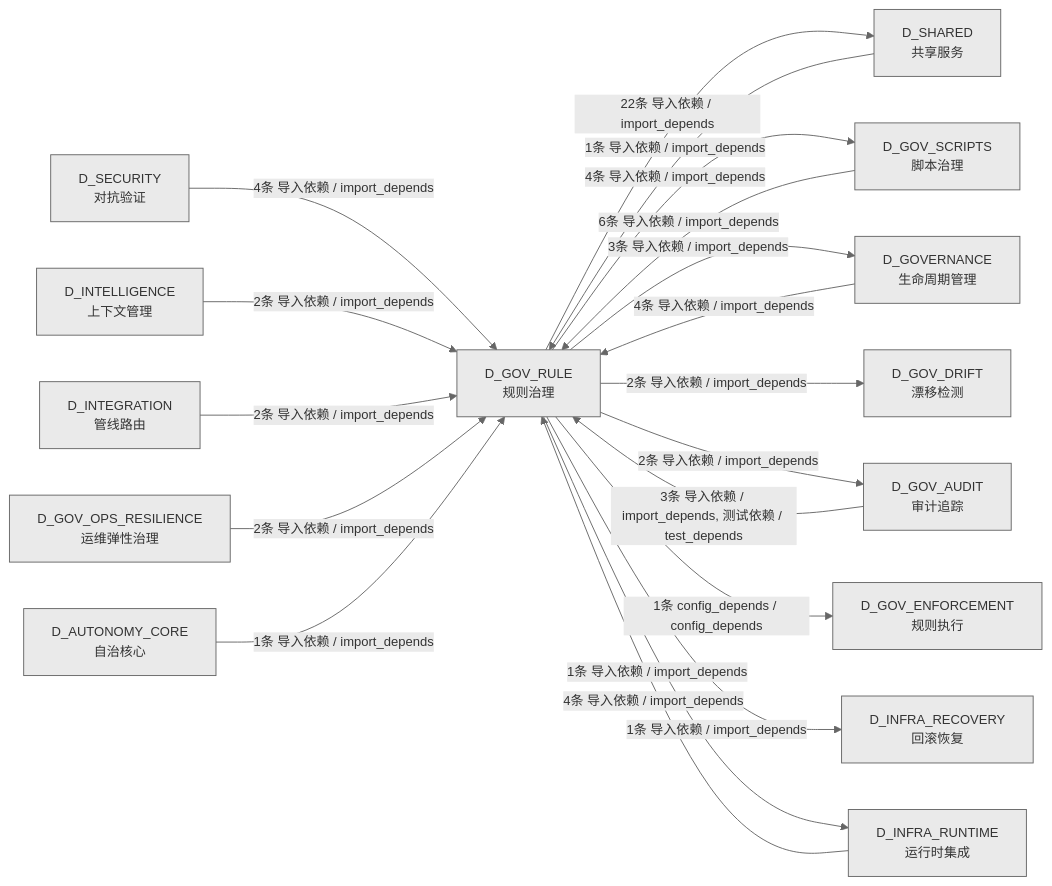
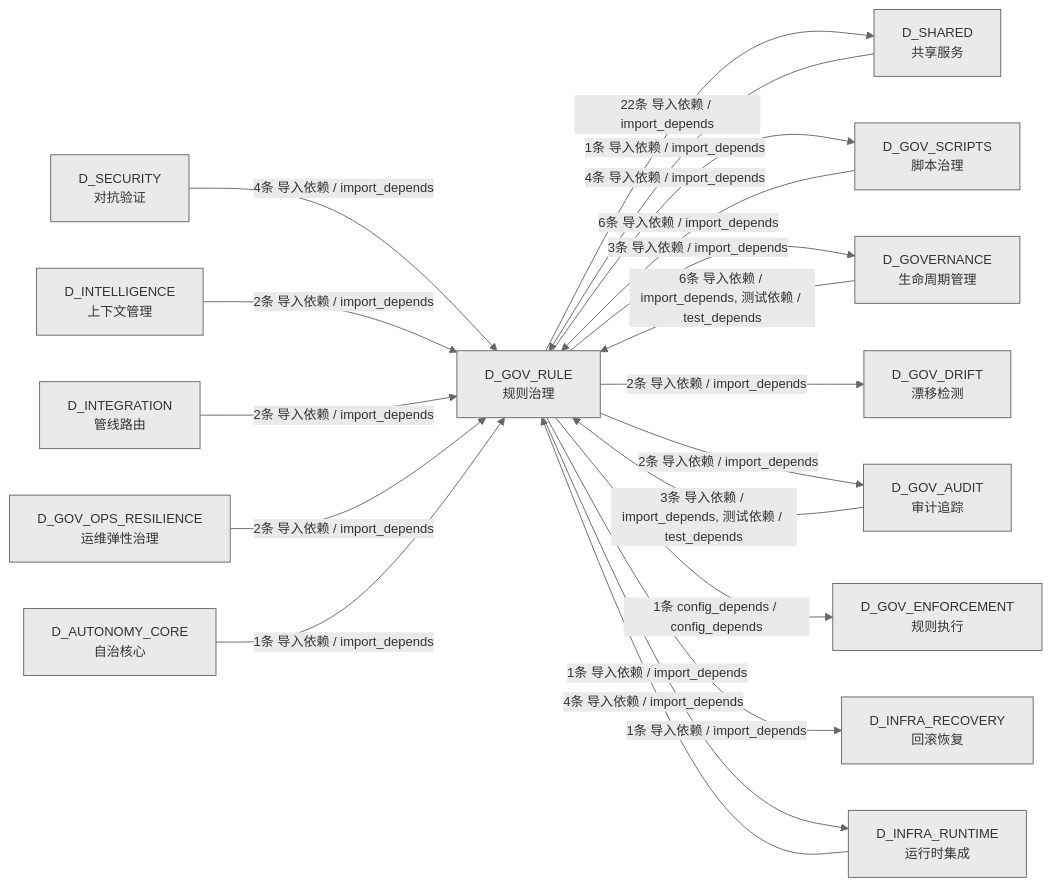
Before and after one commit to xuanFelixVan/ZephyrAlpha: the third of 3 diagrams in docs/02_enterprise_architecture/02_domain_architecture_docs/55_d_gov_rule.md, drawn with Mermaid. The commit also changed other lines of this file and 47 other files, not shown here.

````diff
--- a/docs/02_enterprise_architecture/02_domain_architecture_docs/55_d_gov_rule.md
+++ b/docs/02_enterprise_architecture/02_domain_architecture_docs/55_d_gov_rule.md
@@ -361,36 +364,36 @@
 ```mermaid
 %%{init: {'theme': 'base', 'themeVariables': {'primaryColor': '#eaeaea', 'primaryTextColor': '#333333', 'primaryBorderColor': '#666666', 'lineColor': '#666666', 'secondaryColor': '#eaeaea', 'tertiaryColor': '#eaeaea', 'fontSize': '14px'}}}%%
 graph LR
     D_GOV_RULE["D_GOV_RULE<br/>规则治理"]
     D_SHARED["D_SHARED<br/>共享服务"]
     D_GOV_SCRIPTS["D_GOV_SCRIPTS<br/>脚本治理"]
     D_GOVERNANCE["D_GOVERNANCE<br/>生命周期管理"]
     D_GOV_DRIFT["D_GOV_DRIFT<br/>漂移检测"]
     D_GOV_AUDIT["D_GOV_AUDIT<br/>审计追踪"]
     D_GOV_ENFORCEMENT["D_GOV_ENFORCEMENT<br/>规则执行"]
     D_INFRA_RECOVERY["D_INFRA_RECOVERY<br/>回滚恢复"]
     D_INFRA_RUNTIME["D_INFRA_RUNTIME<br/>运行时集成"]
     D_SECURITY["D_SECURITY<br/>对抗验证"]
     D_INTELLIGENCE["D_INTELLIGENCE<br/>上下文管理"]
     D_INTEGRATION["D_INTEGRATION<br/>管线路由"]
     D_GOV_OPS_RESILIENCE["D_GOV_OPS_RESILIENCE<br/>运维弹性治理"]
     D_AUTONOMY_CORE["D_AUTONOMY_CORE<br/>自治核心"]
     D_GOV_RULE -->|22条 导入依赖 / import_depends| D_SHARED
     D_GOV_RULE -->|4条 导入依赖 / import_depends| D_GOV_SCRIPTS
     D_GOV_RULE -->|3条 导入依赖 / import_depends| D_GOVERNANCE
     D_GOV_RULE -->|2条 导入依赖 / import_depends| D_GOV_DRIFT
     D_GOV_RULE -->|2条 导入依赖 / import_depends| D_GOV_AUDIT
     D_GOV_RULE -->|1条 config_depends / config_depends| D_GOV_ENFORCEMENT
     D_GOV_RULE -->|1条 导入依赖 / import_depends| D_INFRA_RECOVERY
     D_GOV_RULE -->|1条 导入依赖 / import_depends| D_INFRA_RUNTIME
     D_GOV_SCRIPTS -->|6条 导入依赖 / import_depends| D_GOV_RULE
-    D_GOVERNANCE -->|4条 导入依赖 / import_depends| D_GOV_RULE
+    D_GOVERNANCE -->|6条 导入依赖 / import_depends, 测试依赖 / test_depends| D_GOV_RULE
     D_SECURITY -->|4条 导入依赖 / import_depends| D_GOV_RULE
     D_INFRA_RUNTIME -->|4条 导入依赖 / import_depends| D_GOV_RULE
     D_GOV_AUDIT -->|3条 导入依赖 / import_depends, 测试依赖 / test_depends| D_GOV_RULE
     D_INTELLIGENCE -->|2条 导入依赖 / import_depends| D_GOV_RULE
     D_INTEGRATION -->|2条 导入依赖 / import_depends| D_GOV_RULE
     D_GOV_OPS_RESILIENCE -->|2条 导入依赖 / import_depends| D_GOV_RULE
     D_SHARED -->|1条 导入依赖 / import_depends| D_GOV_RULE
     D_AUTONOMY_CORE -->|1条 导入依赖 / import_depends| D_GOV_RULE
 ```
````
